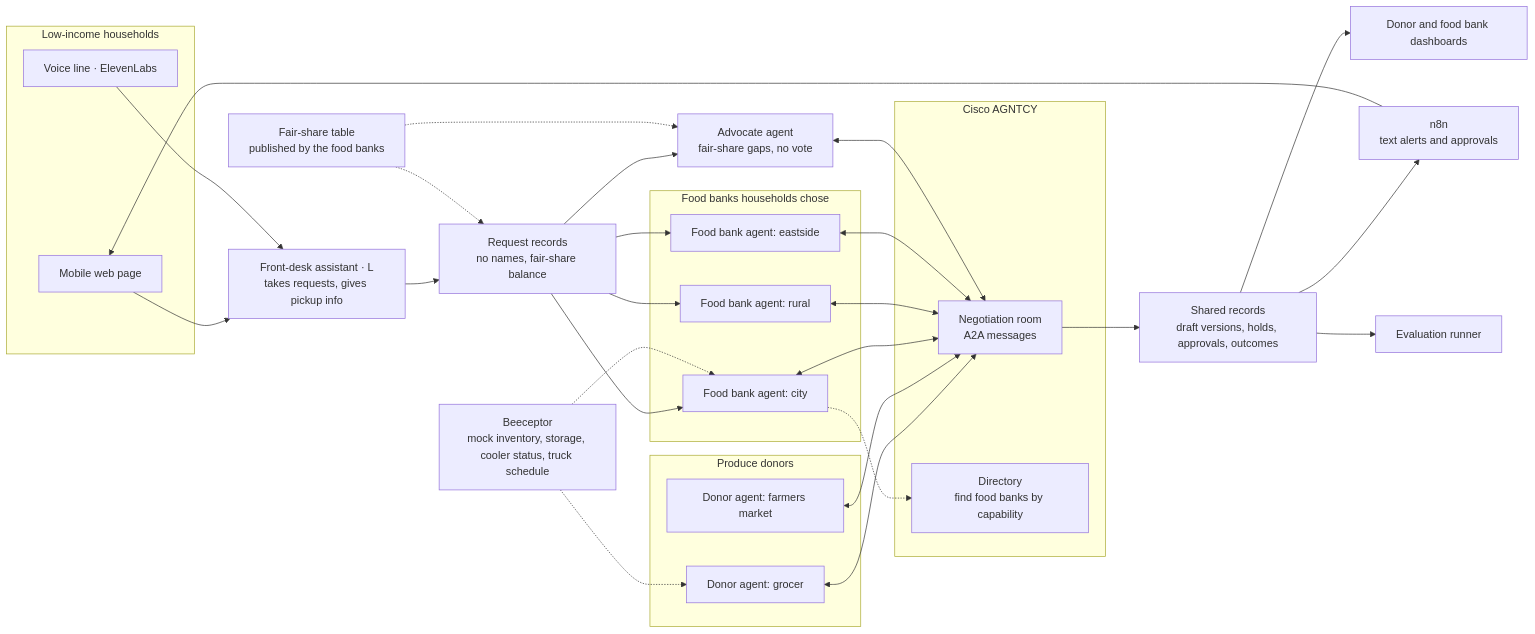
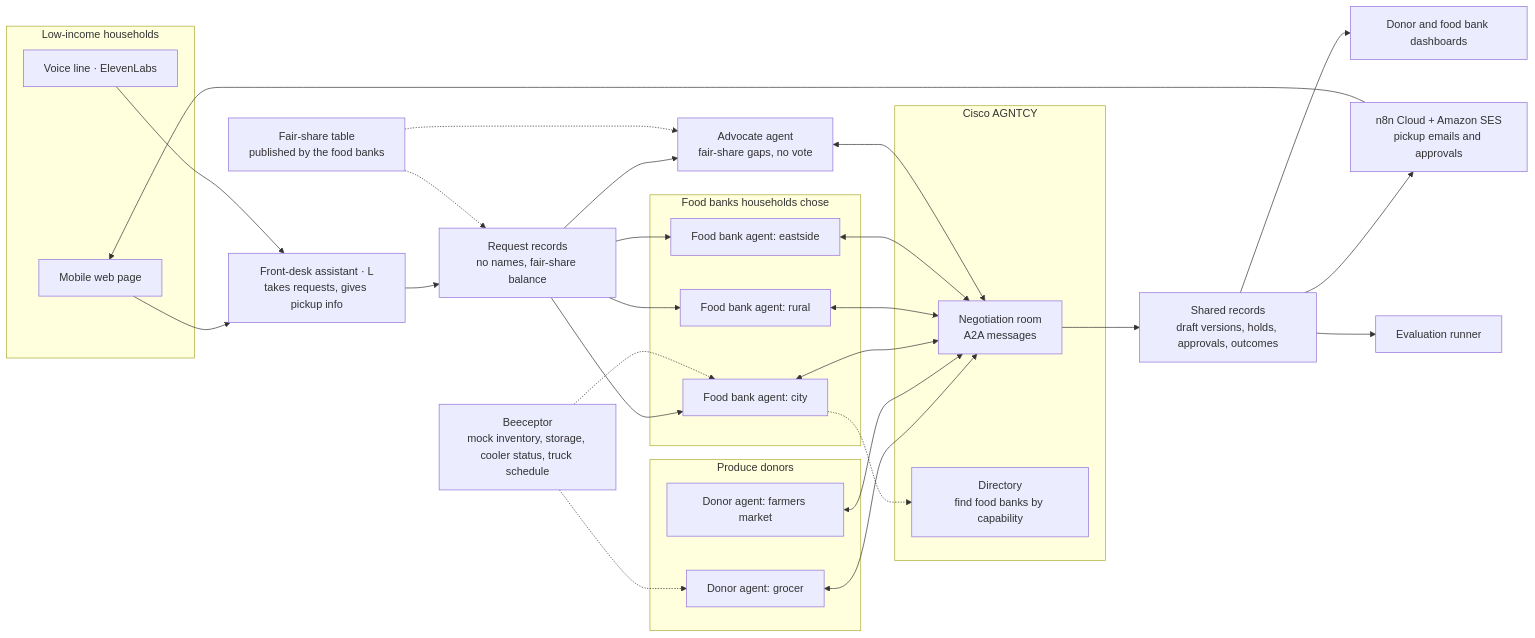
One commit to mubinmodi/UCSC_HACK_HARVESTNET changed the first of 8 diagrams in docs/MVP_DESIGN.md. Above: the diagram before and after it, drawn with Mermaid. The commit also changed other lines of this file and 63 other files, not shown here.

Commit message:
Switch pickup notices to SES email workflow

````diff
--- a/docs/MVP_DESIGN.md
+++ b/docs/MVP_DESIGN.md
@@ -132,50 +132,50 @@
 ```mermaid
 flowchart LR
     subgraph People["Low-income households"]
         Web["Mobile web page"]
         Phone["Voice line · ElevenLabs"]
     end
     Desk["Front-desk assistant · L<br/>takes requests, gives pickup info"]
     Web --> Desk
     Phone --> Desk
     Desk --> Requests["Request records<br/>no names, fair-share balance"]
 
     subgraph Donors["Produce donors"]
         D1["Donor agent: grocer"]
         D2["Donor agent: farmers market"]
     end
     subgraph Banks["Food banks households chose"]
         B1["Food bank agent: city"]
         B2["Food bank agent: rural"]
         B3["Food bank agent: eastside"]
     end
     Advocate["Advocate agent<br/>fair-share gaps, no vote"]
     Policy["Fair-share table<br/>published by the food banks"]
 
     subgraph Net["Cisco AGNTCY"]
         Room["Negotiation room<br/>A2A messages"]
         Dir["Directory<br/>find food banks by capability"]
     end
 
     D1 <--> Room
     D2 <--> Room
     B1 <--> Room
     B2 <--> Room
     B3 <--> Room
     Advocate <--> Room
     Requests --> Advocate
     Requests --> B1
     Requests --> B2
     Requests --> B3
     Policy -.-> Advocate
     Policy -.-> Requests
     B1 -.-> Dir
 
     Room --> Records["Shared records<br/>draft versions, holds, approvals, outcomes"]
-    Records --> Notify["n8n<br/>text alerts and approvals"]
+    Records --> Notify["n8n Cloud + Amazon SES<br/>pickup emails and approvals"]
     Notify --> Web
     Records --> Dash["Donor and food bank dashboards"]
     Records --> Eval["Evaluation runner"]
     Mocks["Beeceptor<br/>mock inventory, storage, cooler status, truck schedule"] -.-> D1
     Mocks -.-> B1
 ```
````
